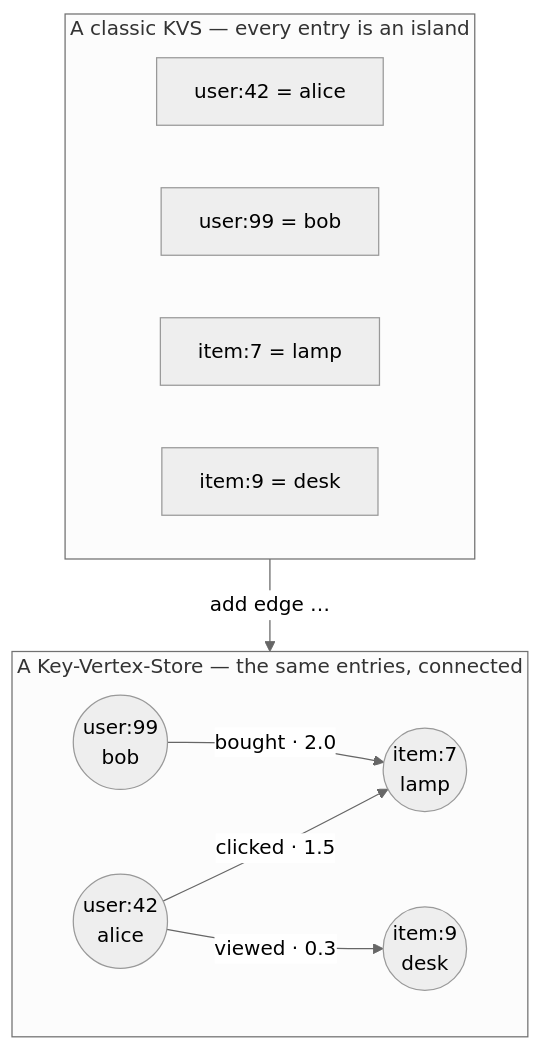
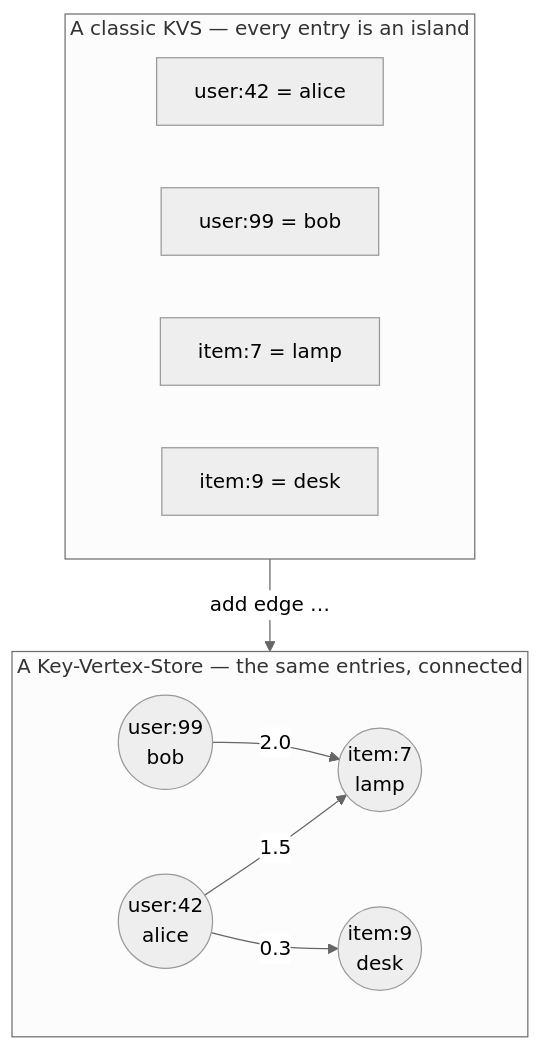
One commit to anaregdesign/lantern changed the second of 7 diagrams in README.md. Above: the diagram before and after it, drawn with Mermaid (neutral theme). The commit also changed other lines of this file, not shown here.

Commit message:
docs: drop relationship-type labels from the README graph diagram
The KVS-vs-Key-Vertex-Store Mermaid diagram annotated edges with
"clicked" / "viewed" / "bought", implying Lantern edges carry typed
labels like a property graph. They don't — an edge is exactly a
weight plus a TTL. Label edges with plain weights and state the
weight+TTL-only contract in the Edge glossary entry, pointing readers
who need relationship kinds to key design or weight conventions.

Follow-up to #912.

````diff
--- a/README.md
+++ b/README.md
@@ -70,16 +70,16 @@
 ```mermaid
 flowchart TB
     subgraph before["A classic KVS — every entry is an island"]
         a1["user:42 = alice"]
         a2["user:99 = bob"]
         a3["item:7 = lamp"]
         a4["item:9 = desk"]
     end
     subgraph after["A Key-Vertex-Store — the same entries, connected"]
         direction LR
-        u42(("user:42<br/>alice")) -- "clicked · 1.5" --> i7(("item:7<br/>lamp"))
-        u42 -- "viewed · 0.3" --> i9(("item:9<br/>desk"))
-        u99(("user:99<br/>bob")) -- "bought · 2.0" --> i7
+        u42(("user:42<br/>alice")) -- "1.5" --> i7(("item:7<br/>lamp"))
+        u42 -- "0.3" --> i9(("item:9<br/>desk"))
+        u99(("user:99<br/>bob")) -- "2.0" --> i7
     end
     before -->|"add edge …"| after
 ```
````
